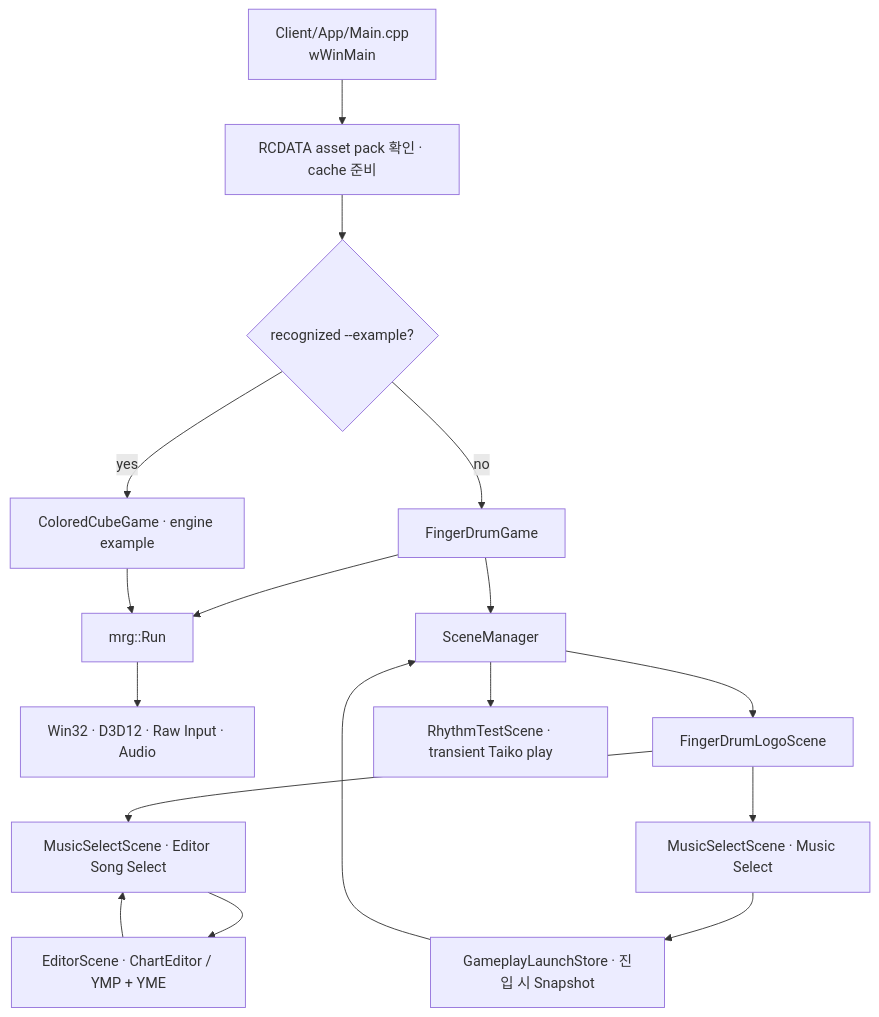
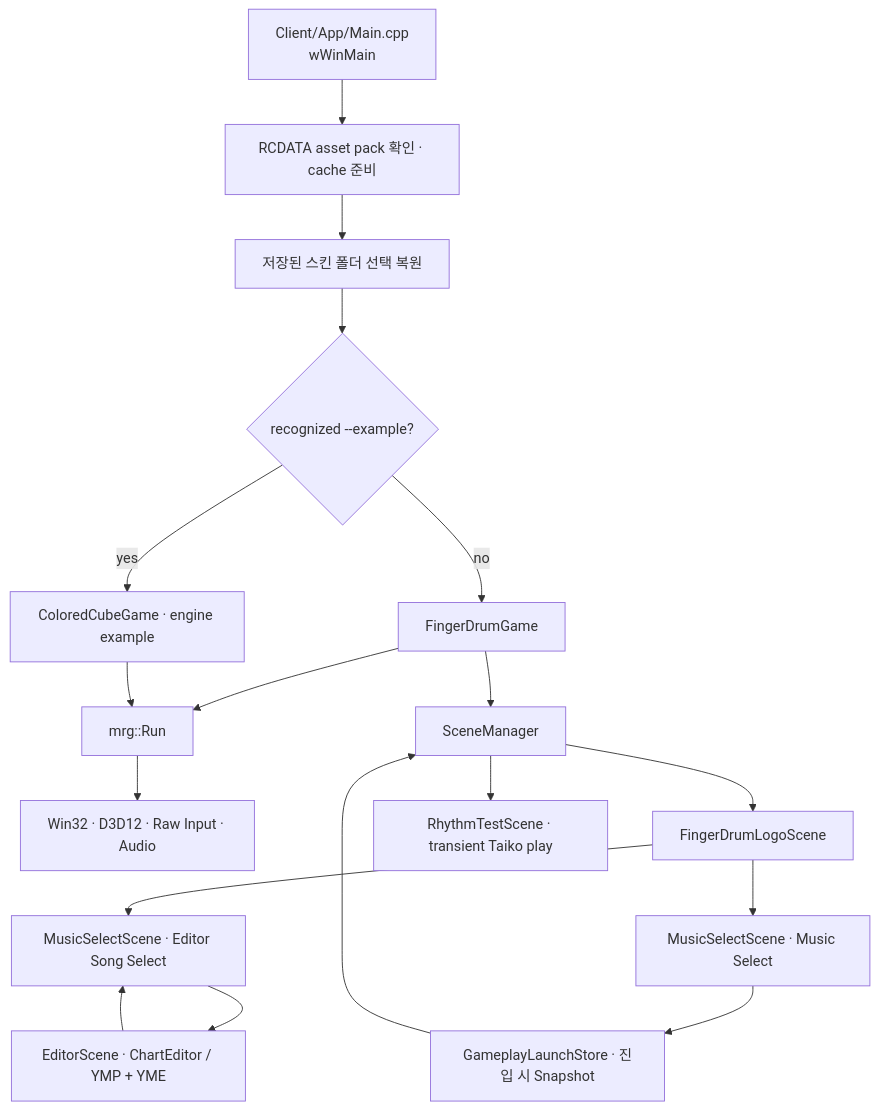
One commit to 4dblackhole/MyRhythmGame-Client changed the diagram in Docs/ExecutionFlow.md. Above: the diagram before and after it, drawn with Mermaid. The commit also changed other lines of this file and 31 other files, not shown here.

````diff
--- a/Docs/ExecutionFlow.md
+++ b/Docs/ExecutionFlow.md
@@ -6,19 +6,20 @@
 ```mermaid
 flowchart TD
     Entry["Client/App/Main.cpp\nwWinMain"] --> Assets["RCDATA asset pack 확인 · cache 준비"]
-    Assets --> Route{"recognized --example?"}
+    Assets --> Skin["저장된 스킨 폴더 선택 복원"]
+    Skin --> Route{"recognized --example?"}
     Route -->|"no"| Game["FingerDrumGame"]
     Route -->|"yes"| Example["ColoredCubeGame · engine example"]
     Game --> Run["mrg::Run"]
     Example --> Run
     Run --> Systems["Win32 · D3D12 · Raw Input · Audio"]
     Game --> Manager["SceneManager"]
     Manager --> Logo["FingerDrumLogoScene"]
     Logo --> Lobby["MusicSelectScene · Music Select"]
     Logo --> EditorSelect["MusicSelectScene · Editor Song Select"]
     EditorSelect --> Editor["EditorScene · ChartEditor / YMP + YME"]
     Editor --> EditorSelect
     Lobby --> Request["GameplayLaunchStore · 진입 시 Snapshot"]
     Request --> Manager
     Manager --> Test["RhythmTestScene · transient Taiko play"]
 ```
````
